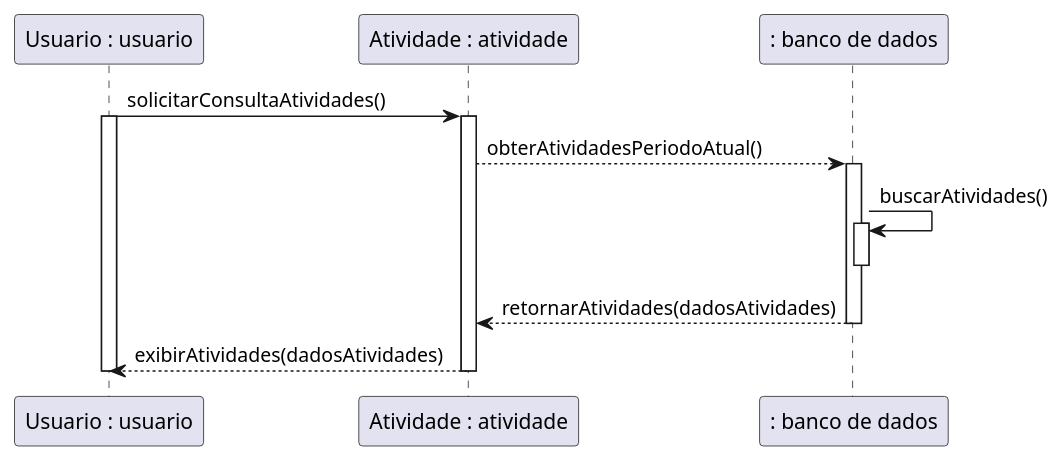
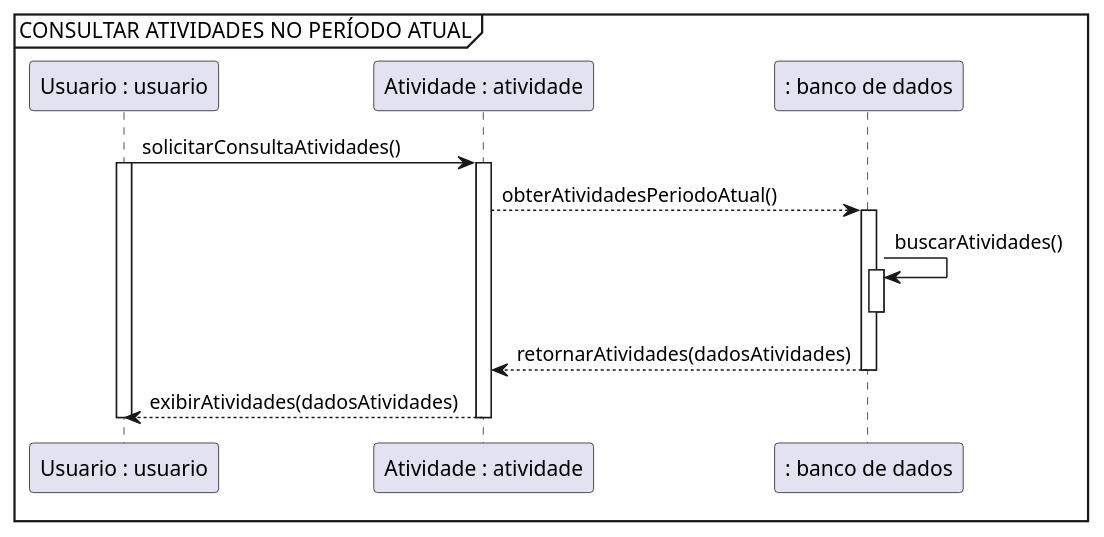
Before and after one commit to yurilsn/DiagramasUml: the diagram in Diagrama de Sequencia/sequencia_proj_final_c5.wsd, drawn with PlantUML. The commit also changed 4 other files, not shown here.

```diff
--- a/Diagrama de Sequencia/sequencia_proj_final_c5.wsd
+++ b/Diagrama de Sequencia/sequencia_proj_final_c5.wsd
@@ -1,22 +1,23 @@
 @startuml
-' CONSULTAR ATIVIDADES NO PERÍODO ATUAL
+mainframe CONSULTAR ATIVIDADES NO PERÍODO ATUAL
+
 
 "Usuario : usuario" as usuario -> "Atividade : atividade" as atividade : solicitarConsultaAtividades()
 activate usuario
 activate atividade
 
 atividade --> ": banco de dados" as bd : obterAtividadesPeriodoAtual()
 activate bd
 
 bd -> bd : buscarAtividades()
 activate bd
 
 deactivate bd
 bd --> atividade : retornarAtividades(dadosAtividades)
 deactivate bd
 
 
 atividade --> usuario : exibirAtividades(dadosAtividades)
 deactivate atividade
 deactivate usuario
 @enduml
```
